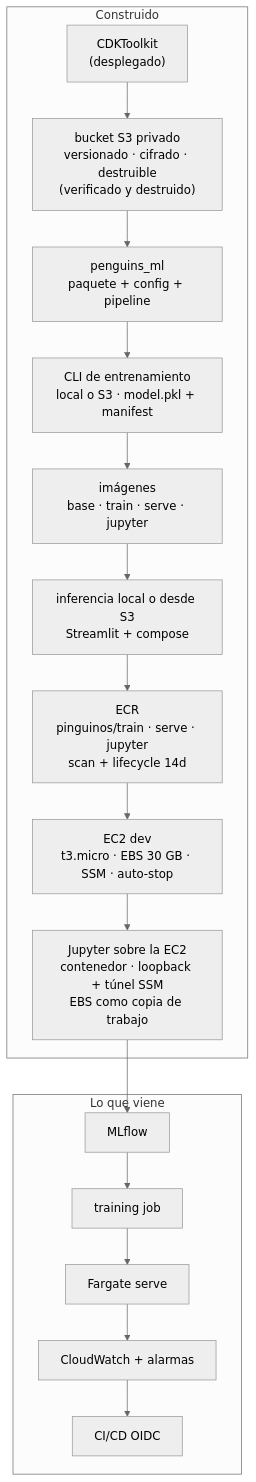
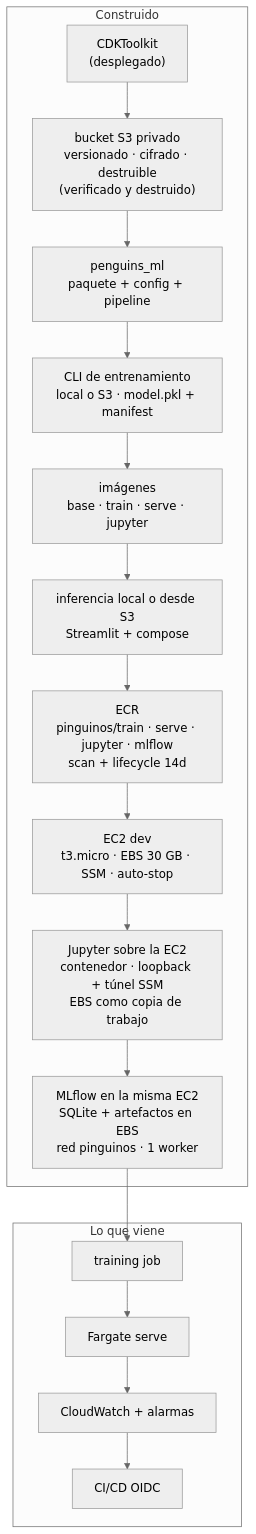
One commit to JairRamosG/Pinguinos-AWS changed the ninth of 9 diagrams in docs/how-it-works.md. Above: the diagram before and after it, drawn with Mermaid (neutral theme). The commit also changed other lines of this file, not shown here.

First line of the commit message:
docs(mlflow): Documentar el servidor y el flujo de tracking

````diff
--- a/docs/how-it-works.md
+++ b/docs/how-it-works.md
@@ -675,22 +743,22 @@
 ```mermaid
 flowchart TB
     subgraph HOY["Construido"]
         BOOT["CDKToolkit<br/>(desplegado)"]
         S3["bucket S3 privado<br/>versionado · cifrado · destruible<br/>(verificado y destruido)"]
         PKG["penguins_ml<br/>paquete + config + pipeline"]
         TRN["CLI de entrenamiento<br/>local o S3 · model.pkl + manifest"]
         IMG["imágenes<br/>base · train · serve · jupyter"]
         UI["inferencia local o desde S3<br/>Streamlit + compose"]
-        ECR["ECR<br/>pinguinos/train · serve · jupyter<br/>scan + lifecycle 14d"]
+        ECR["ECR<br/>pinguinos/train · serve · jupyter · mlflow<br/>scan + lifecycle 14d"]
         EC2["EC2 dev<br/>t3.micro · EBS 30 GB · SSM · auto-stop"]
         JUP["Jupyter sobre la EC2<br/>contenedor · loopback + túnel SSM<br/>EBS como copia de trabajo"]
+        MLF["MLflow en la misma EC2<br/>SQLite + artefactos en EBS<br/>red pinguinos · 1 worker"]
     end
     subgraph DESPUES["Lo que viene"]
-        MLF["MLflow"]
         JOB["training job"]
         SRV["Fargate serve"]
         OBS["CloudWatch + alarmas"]
         CI["CI/CD OIDC"]
     end
     BOOT --> S3 --> PKG --> TRN --> IMG --> UI --> ECR --> EC2 --> JUP --> MLF --> JOB --> SRV --> OBS --> CI
 ```
````
